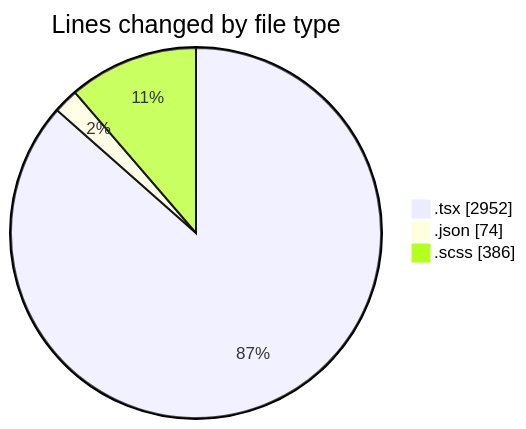
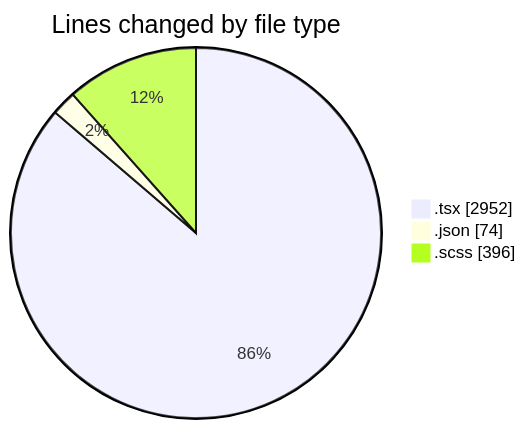
One commit to momahboobian/code-tracking changed the first of 2 diagrams in 2025-04-08/cda/README.md. Above: the diagram before and after it, drawn with Mermaid. The commit also changed other lines of this file and 1 other file, not shown here.

````diff
--- a/2025-04-08/cda/README.md
+++ b/2025-04-08/cda/README.md
@@ -29,7 +29,7 @@
 ```mermaid
 pie showData
 title Lines changed by file type
 ".tsx" : 2952
 ".json" : 74
-".scss" : 386
+".scss" : 396
 ```
````
